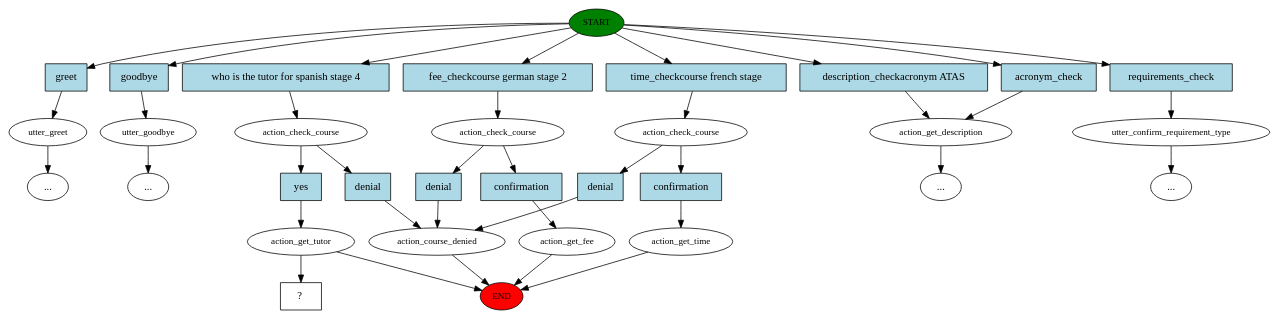
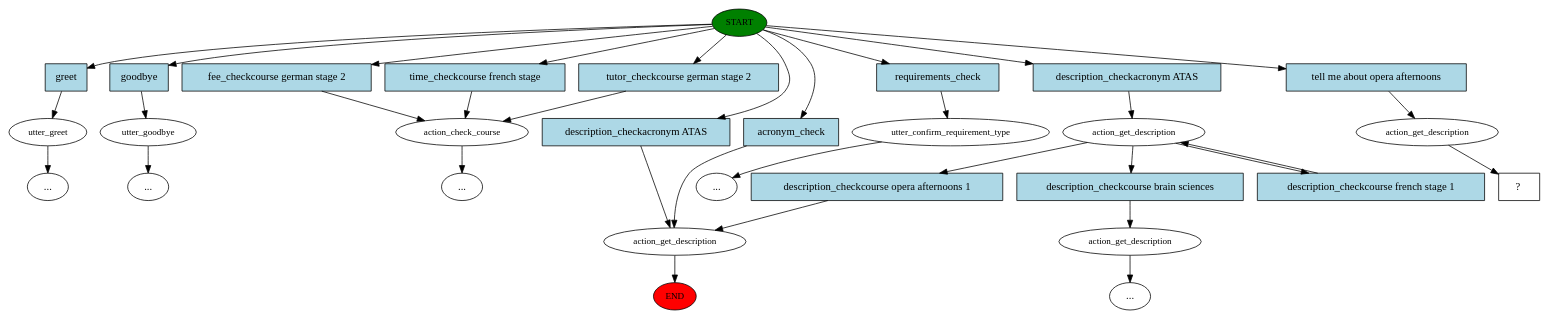
Before and after one commit to leonore/ugenie: the diagram in chat-service/model/story_graph.dot, drawn with Graphviz. The commit also changed 3 other files, not shown here.

```diff
--- a/chat-service/model/story_graph.dot
+++ b/chat-service/model/story_graph.dot
@@ -1,71 +1,64 @@
 digraph  {
 0 [class="start active", fillcolor=green, fontsize=12, label=START, style=filled];
 "-1" [class=end, fillcolor=red, fontsize=12, label=END, style=filled];
 1 [class="", fontsize=12, label=utter_greet];
-"-3" [class=ellipsis, label="..."];
 2 [class="", fontsize=12, label=utter_goodbye];
 "-4" [class=ellipsis, label="..."];
 3 [class="", fontsize=12, label=action_check_course];
-4 [class="", fontsize=12, label=action_get_fee];
-6 [class="", fontsize=12, label=action_course_denied];
-7 [class="", fontsize=12, label=action_check_course];
-8 [class="", fontsize=12, label=action_get_time];
-11 [class="", fontsize=12, label=action_get_description];
-13 [class=active, fontsize=12, label=action_check_course];
-14 [class=active, fontsize=12, label=action_get_tutor];
-17 [class="", fontsize=12, label=utter_confirm_requirement_type];
-"-7" [class=ellipsis, label="..."];
+7 [class="", fontsize=12, label=action_get_description];
+11 [class="", fontsize=12, label=utter_confirm_requirement_type];
 "-11" [class=ellipsis, label="..."];
-32 [class="intent dashed active", label="  ?  ", shape=rect];
-33 [class=intent, fillcolor=lightblue, label=greet, shape=rect, style=filled];
-34 [class=intent, fillcolor=lightblue, label=goodbye, shape=rect, style=filled];
-35 [class=intent, fillcolor=lightblue, label="fee_checkcourse german stage 2", shape=rect, style=filled];
-36 [class=intent, fillcolor=lightblue, label="time_checkcourse french stage", shape=rect, style=filled];
+14 [class="", fontsize=12, label=action_get_description];
+18 [class="", fontsize=12, label=action_get_description];
+"-14" [class=ellipsis, label="..."];
+"-16" [class=ellipsis, label="..."];
+"-19" [class=ellipsis, label="..."];
+27 [class=active, fontsize=12, label=action_get_description];
+28 [class="intent dashed active", label="  ?  ", shape=rect];
+29 [class=intent, fillcolor=lightblue, label=greet, shape=rect, style=filled];
+30 [class=intent, fillcolor=lightblue, label=goodbye, shape=rect, style=filled];
+31 [class=intent, fillcolor=lightblue, label="fee_checkcourse german stage 2", shape=rect, style=filled];
+32 [class=intent, fillcolor=lightblue, label="time_checkcourse french stage", shape=rect, style=filled];
+33 [class=intent, fillcolor=lightblue, label="tutor_checkcourse german stage 2", shape=rect, style=filled];
+34 [class=intent, fillcolor=lightblue, label="description_checkacronym ATAS", shape=rect, style=filled];
+35 [class=intent, fillcolor=lightblue, label=acronym_check, shape=rect, style=filled];
+36 [class=intent, fillcolor=lightblue, label=requirements_check, shape=rect, style=filled];
 37 [class=intent, fillcolor=lightblue, label="description_checkacronym ATAS", shape=rect, style=filled];
-38 [class=intent, fillcolor=lightblue, label=acronym_check, shape=rect, style=filled];
-39 [class="intent active", fillcolor=lightblue, label="who is the tutor for spanish stage 4", shape=rect, style=filled];
-40 [class=intent, fillcolor=lightblue, label=requirements_check, shape=rect, style=filled];
-41 [class=intent, fillcolor=lightblue, label=confirmation, shape=rect, style=filled];
-42 [class=intent, fillcolor=lightblue, label=denial, shape=rect, style=filled];
-43 [class=intent, fillcolor=lightblue, label=confirmation, shape=rect, style=filled];
-44 [class=intent, fillcolor=lightblue, label=denial, shape=rect, style=filled];
-45 [class="intent active", fillcolor=lightblue, label=yes, shape=rect, style=filled];
-46 [class=intent, fillcolor=lightblue, label=denial, shape=rect, style=filled];
+38 [class="intent active", fillcolor=lightblue, label="tell me about opera afternoons", shape=rect, style=filled];
+39 [class=intent, fillcolor=lightblue, label="description_checkcourse opera afternoons 1", shape=rect, style=filled];
+40 [class=intent, fillcolor=lightblue, label="description_checkcourse brain sciences", shape=rect, style=filled];
+41 [class=intent, fillcolor=lightblue, label="description_checkcourse french stage 1", shape=rect, style=filled];
+0 -> 29  [class="", key=0];
+0 -> 30  [class="", key=0];
+0 -> 31  [class="", key=0];
+0 -> 32  [class="", key=0];
 0 -> 33  [class="", key=0];
 0 -> 34  [class="", key=0];
 0 -> 35  [class="", key=0];
 0 -> 36  [class="", key=0];
 0 -> 37  [class="", key=0];
-0 -> 38  [class="", key=0];
-0 -> 39  [class=active, key=0];
-0 -> 40  [class="", key=0];
-1 -> "-3"  [class="", key=NONE, label=""];
+0 -> 38  [class=active, key=0];
+1 -> "-19"  [class="", key=NONE, label=""];
 2 -> "-4"  [class="", key=NONE, label=""];
-3 -> 41  [class="", key=0];
-3 -> 42  [class="", key=0];
-4 -> "-1"  [class="", key=NONE, label=""];
-6 -> "-1"  [class="", key=NONE, label=""];
-7 -> 43  [class="", key=0];
-7 -> 44  [class="", key=0];
-8 -> "-1"  [class="", key=NONE, label=""];
+3 -> "-16"  [class="", key=NONE, label=""];
+7 -> "-1"  [class="", key=NONE, label=""];
 11 -> "-11"  [class="", key=NONE, label=""];
-13 -> 45  [class=active, key=0];
-13 -> 46  [class="", key=0];
-14 -> "-1"  [class="", key=NONE, label=""];
-14 -> 32  [class=active, key=NONE, label=""];
-17 -> "-7"  [class="", key=NONE, label=""];
-33 -> 1  [class="", key=0];
-34 -> 2  [class="", key=0];
-35 -> 3  [class="", key=0];
-36 -> 7  [class="", key=0];
-37 -> 11  [class="", key=0];
-38 -> 11  [class="", key=0];
-39 -> 13  [class=active, key=0];
-40 -> 17  [class="", key=0];
-41 -> 4  [class="", key=0];
-42 -> 6  [class="", key=0];
-43 -> 8  [class="", key=0];
-44 -> 6  [class="", key=0];
-45 -> 14  [class=active, key=0];
-46 -> 6  [class="", key=0];
+14 -> 39  [class="", key=0];
+14 -> 40  [class="", key=0];
+14 -> 41  [class="", key=0];
+18 -> "-14"  [class="", key=NONE, label=""];
+27 -> 28  [class=active, key=NONE, label=""];
+29 -> 1  [class="", key=0];
+30 -> 2  [class="", key=0];
+31 -> 3  [class="", key=0];
+32 -> 3  [class="", key=0];
+33 -> 3  [class="", key=0];
+34 -> 7  [class="", key=0];
+35 -> 7  [class="", key=0];
+36 -> 11  [class="", key=0];
+37 -> 14  [class="", key=0];
+38 -> 27  [class=active, key=0];
+39 -> 7  [class="", key=0];
+40 -> 18  [class="", key=0];
+41 -> 14  [class="", key=0];
 }
```
